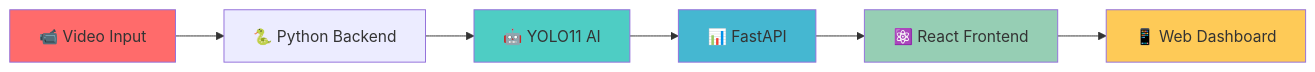
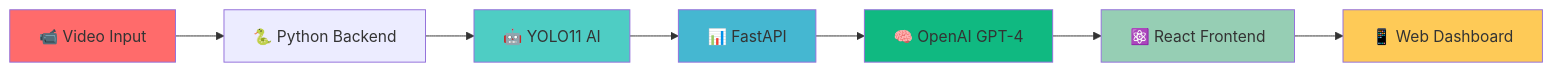
The first of 12 diagrams in README.md (AmmarMazen7/JawekA7laJaw), drawn with Mermaid before and after one commit. The commit also changed other lines of this file and 8 other files, not shown here.

````diff
--- a/README.md
+++ b/README.md
@@ -14,14 +16,16 @@
 ```mermaid
 graph LR
     A[📹 Video Input] --> B[🐍 Python Backend]
     B --> C[🤖 YOLO11 AI]
     C --> D[📊 FastAPI]
-    D --> E[⚛️ React Frontend]
-    E --> F[📱 Web Dashboard]
+    D --> E[🧠 OpenAI GPT-4]
+    E --> F[⚛️ React Frontend]
+    F --> G[📱 Web Dashboard]
     
     style A fill:#ff6b6b
     style C fill:#4ecdc4
     style D fill:#45b7d1
-    style E fill:#96ceb4
-    style F fill:#feca57
+    style E fill:#10b981
+    style F fill:#96ceb4
+    style G fill:#feca57
 ```
````
